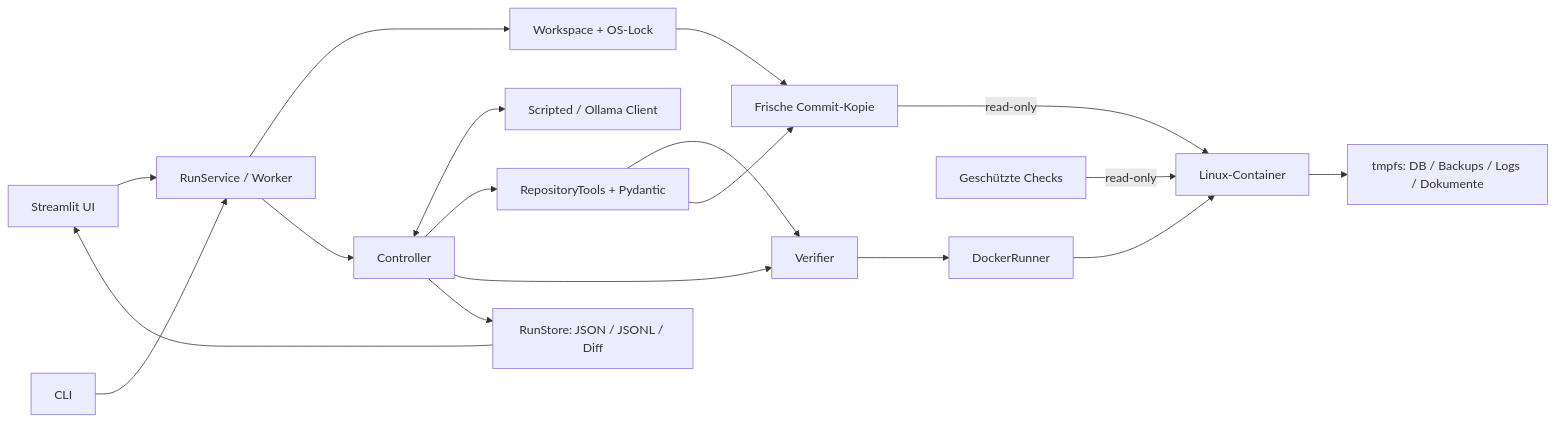
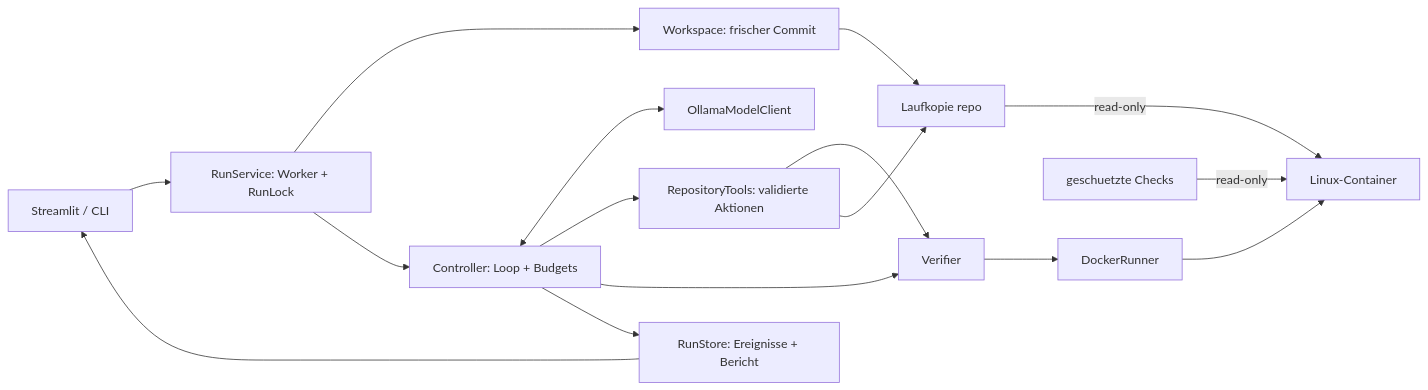
Before and after one commit to MichaelReichenberger/coding-harness: the first of 2 diagrams in docs/architecture.md, drawn with Mermaid. The commit also changed other lines of this file and 60 other files, not shown here.

````diff
--- a/docs/architecture.md
+++ b/docs/architecture.md
@@ -3,20 +7,18 @@
 ```mermaid
 flowchart LR
-    UI[Streamlit UI] --> S[RunService / Worker]
-    CLI[CLI] --> S
-    S --> W[Workspace + OS-Lock]
-    S --> C[Controller]
-    C <--> M[Scripted / Ollama Client]
-    C --> T[RepositoryTools + Pydantic]
+    UI[Streamlit / CLI] --> S[RunService: Worker + RunLock]
+    S --> W[Workspace: frischer Commit]
+    S --> C[Controller: Loop + Budgets]
+    C <--> M[OllamaModelClient]
+    C --> T[RepositoryTools: validierte Aktionen]
     C --> V[Verifier]
     T --> V
     V --> D[DockerRunner]
-    C --> R[RunStore: JSON / JSONL / Diff]
-    R --> UI
-    W --> A[Frische Commit-Kopie]
-    T --> A
-    A -->|read-only| X[Linux-Container]
-    D --> X
-    P[Geschützte Checks] -->|read-only| X
-    X --> F[tmpfs: DB / Backups / Logs / Dokumente]
+    D --> X[Linux-Container]
+    W --> R[Laufkopie repo]
+    T --> R
+    R -->|read-only| X
+    P[geschuetzte Checks] -->|read-only| X
+    C --> Store[RunStore: Ereignisse + Bericht]
+    Store --> UI
 ```
````
